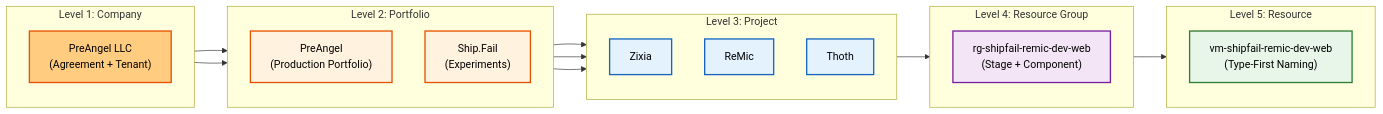
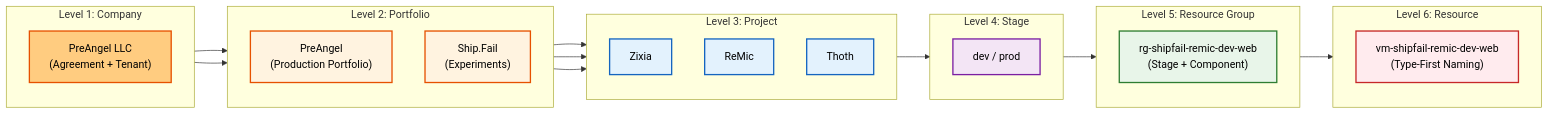
The diagram in jekyll/_posts/2025-11-29-vibe-coding-cloud-protocol.md (wechaty/jekyll), drawn with Mermaid before and after one commit. The commit also changed other lines of this file, not shown here.

Commit message:
docs: refine naming conventions and structure in Vibe Coding Cloud Protocol for clarity

````diff
--- a/jekyll/_posts/2025-11-29-vibe-coding-cloud-protocol.md
+++ b/jekyll/_posts/2025-11-29-vibe-coding-cloud-protocol.md
@@ -58,47 +60,53 @@
 ```mermaid
 graph LR
     %% Styling
     classDef l1 fill:#ffcc80,stroke:#e65100,stroke-width:2px,color:black
     classDef l2 fill:#fff3e0,stroke:#e65100,stroke-width:2px,color:black
     classDef l3 fill:#e3f2fd,stroke:#1565c0,stroke-width:2px,color:black
     classDef l4 fill:#f3e5f5,stroke:#7b1fa2,stroke-width:2px,color:black
     classDef l5 fill:#e8f5e9,stroke:#2e7d32,stroke-width:2px,color:black
     classDef l6 fill:#ffebee,stroke:#c62828,stroke-width:2px,color:black
 
     subgraph Level1 ["Level 1: Company"]
         direction TB
         Root["PreAngel LLC<br/>(Agreement + Tenant)"]:::l1
     end
 
     subgraph Level2 ["Level 2: Portfolio"]
         direction TB
         Umb1["PreAngel<br/>(Production Portfolio)"]:::l2
         Umb2["Ship.Fail<br/>(Experiments)"]:::l2
     end
 
     subgraph Level3 ["Level 3: Project"]
         direction TB
         Prj1["Zixia"]:::l3
         Prj2["ReMic"]:::l3
         Prj3["Thoth"]:::l3
     end
 
-    subgraph Level4 ["Level 4: Resource Group"]
+    subgraph Level4 ["Level 4: Stage"]
         direction TB
-        RG["rg-shipfail-remic-dev-web<br/>(Stage + Component)"]:::l4
+        Env["dev / prod"]:::l4
     end
 
-    subgraph Level5 ["Level 5: Resource"]
+    subgraph Level5 ["Level 5: Resource Group"]
         direction TB
-        Res["vm-shipfail-remic-dev-web<br/>(Type-First Naming)"]:::l5
+        RG["rg-shipfail-remic-dev-web<br/>(Stage + Component)"]:::l5
+    end
+
+    subgraph Level6 ["Level 6: Resource"]
+        direction TB
+        Res["vm-shipfail-remic-dev-web<br/>(Type-First Naming)"]:::l6
     end
 
     %% Connections
     Root --> Umb1 & Umb2
     Umb1 --> Prj1
     Umb2 --> Prj2 & Prj3
     
     %% Focus on one path to keep it readable
-    Prj2 --> RG
+    Prj2 --> Env
+    Env --> RG
     RG --> Res
 ```
````
